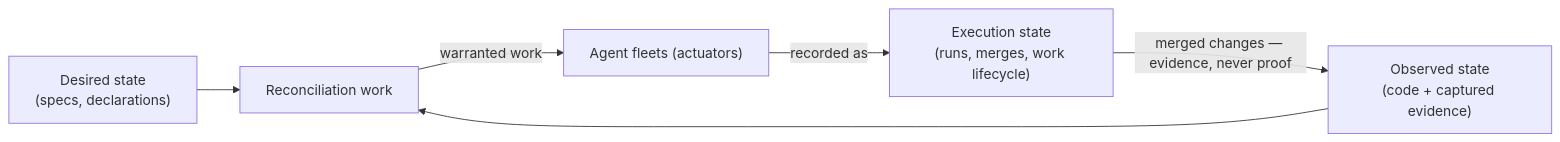
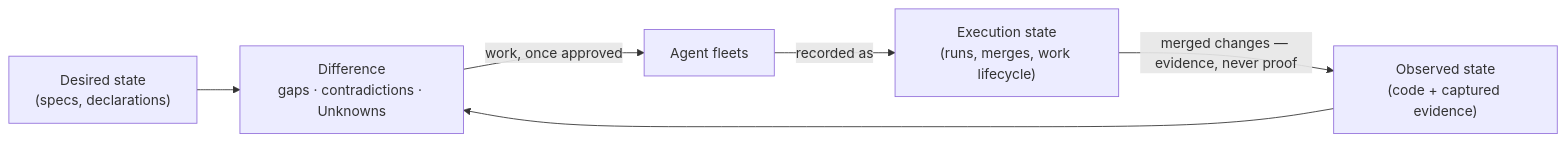
Before and after one commit to Tzeusy/syzygy: the first of 2 diagrams in .syzygy/intent/OVERVIEW.md, drawn with Mermaid. The commit also changed other lines of this file and 97 other files, not shown here.

````diff
--- a/.syzygy/intent/OVERVIEW.md
+++ b/.syzygy/intent/OVERVIEW.md
@@ -49,13 +50,13 @@
 ```mermaid
 flowchart LR
     Desired["Desired state<br/>(specs, declarations)"]
     Observed["Observed state<br/>(code + captured evidence)"]
     Exec["Execution state<br/>(runs, merges, work lifecycle)"]
-    Diff["Reconciliation work"]
-    Fleet["Agent fleets (actuators)"]
+    Diff["Difference<br/>gaps · contradictions · Unknowns"]
+    Fleet["Agent fleets"]
     Desired --> Diff
     Observed --> Diff
-    Diff -->|warranted work| Fleet
+    Diff -->|"work, once approved"| Fleet
     Fleet -->|recorded as| Exec
     Exec -->|"merged changes — evidence, never proof"| Observed
 ```
````
